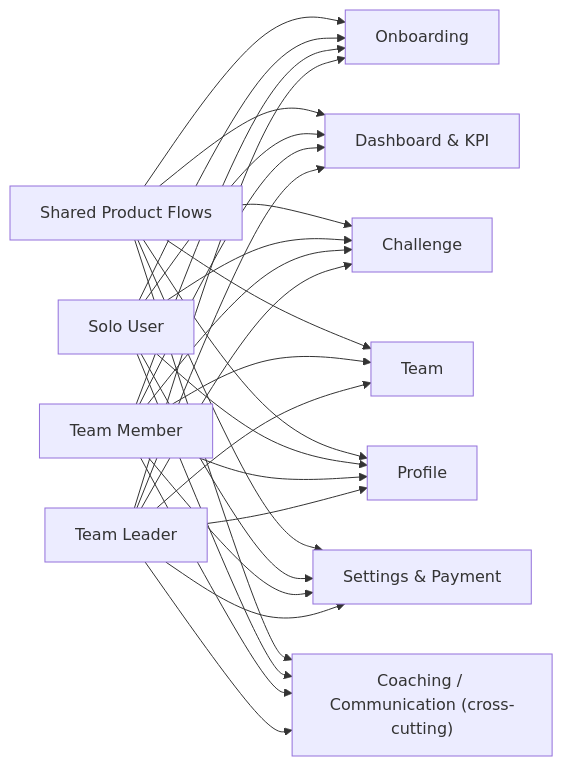
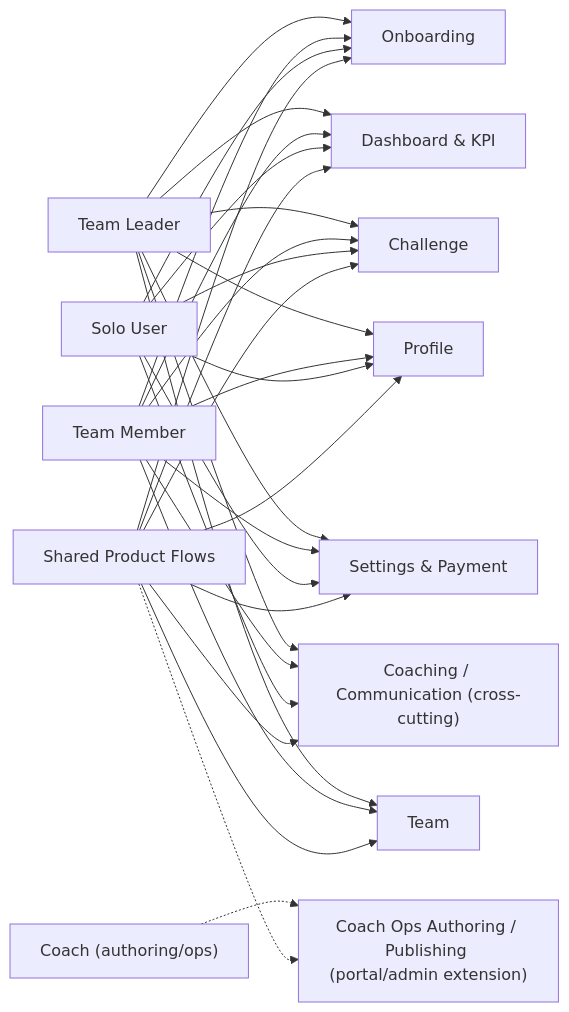
The third of 10 diagrams in docs/spec/appendix/INTENDED_WIRING_DIAGRAM.md (jonhazeltine/compass-kpi), drawn with Mermaid before and after one commit. The commit also changed other lines of this file and 5 other files, not shown here.

Commit message:
Land coaching W4 comms integration and coach persona architecture

````diff
--- a/docs/spec/appendix/INTENDED_WIRING_DIAGRAM.md
+++ b/docs/spec/appendix/INTENDED_WIRING_DIAGRAM.md
@@ -83,33 +85,36 @@
 ```mermaid
 flowchart LR
   P["Shared Product Flows"] --> S1["Onboarding"]
   P --> S2["Dashboard & KPI"]
   P --> S3["Challenge"]
   P --> S4["Team"]
   P --> S5["Profile"]
   P --> S6["Settings & Payment"]
   P --> S7["Coaching / Communication (cross-cutting)"]
+  P -.-> S8["Coach Ops Authoring / Publishing (portal/admin extension)"]
 
   U1["Solo User"] --> S1
   U1 --> S2
   U1 --> S3
   U1 --> S5
   U1 --> S6
   U1 --> S7
 
   U2["Team Member"] --> S1
   U2 --> S2
   U2 --> S3
   U2 --> S4
   U2 --> S5
   U2 --> S6
   U2 --> S7
 
   U3["Team Leader"] --> S1
   U3 --> S2
   U3 --> S3
   U3 --> S4
   U3 --> S5
   U3 --> S6
   U3 --> S7
+
+  U4["Coach (authoring/ops)"] -.-> S8
 ```
````
